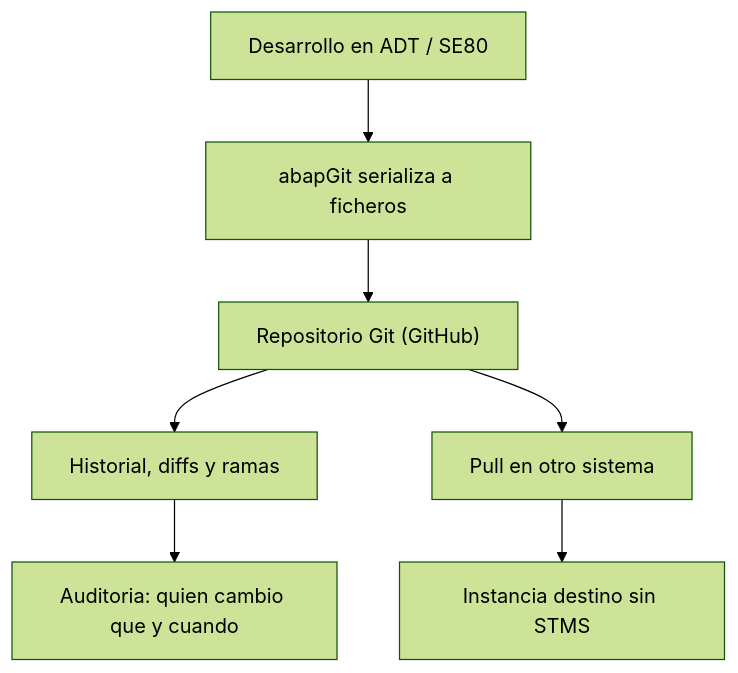
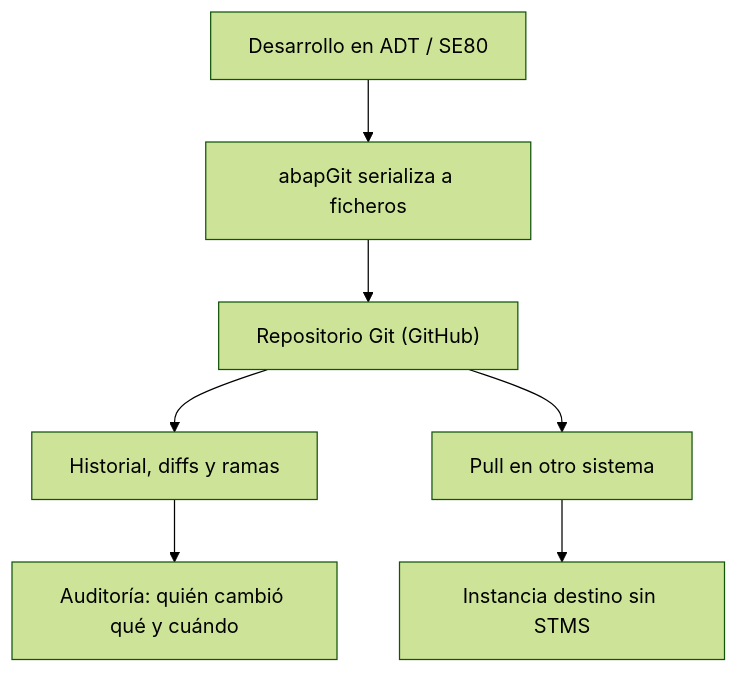
Before and after one commit to logalitech/blog-content: the diagram in es/git-que-es-abapgit-y-por-que-versionar.mdx, drawn with Mermaid (forest theme). The commit also changed other lines of this file and 49 other files, not shown here.

````diff
--- a/es/git-que-es-abapgit-y-por-que-versionar.mdx
+++ b/es/git-que-es-abapgit-y-por-que-versionar.mdx
@@ -27,9 +27,9 @@
 ```mermaid
 flowchart TD
   DEV["Desarrollo en ADT / SE80"] --> SER["abapGit serializa a ficheros"]
   SER --> REPO["Repositorio Git (GitHub)"]
   REPO --> HIST["Historial, diffs y ramas"]
   REPO --> PULL["Pull en otro sistema"]
-  HIST --> AUD["Auditoria: quien cambio que y cuando"]
+  HIST --> AUD["Auditoría: quién cambió qué y cuándo"]
   PULL --> OTRO["Instancia destino sin STMS"]
 ```
````
